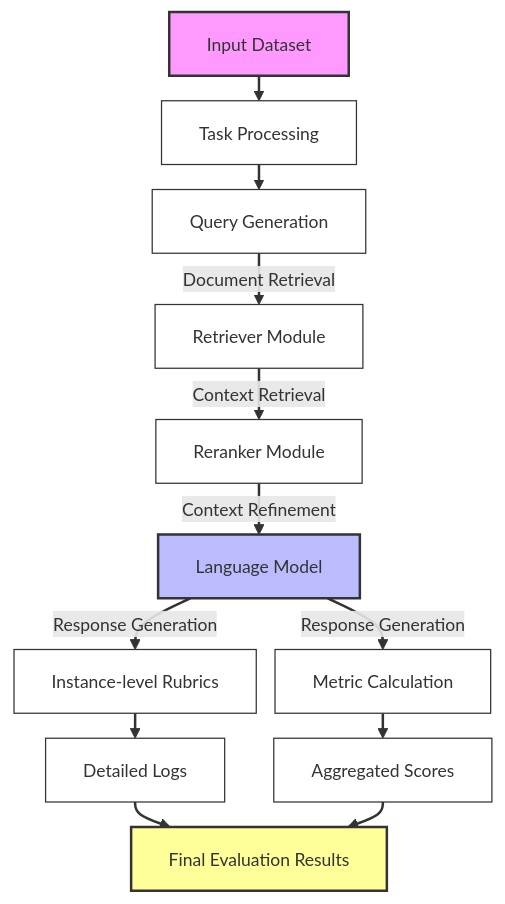
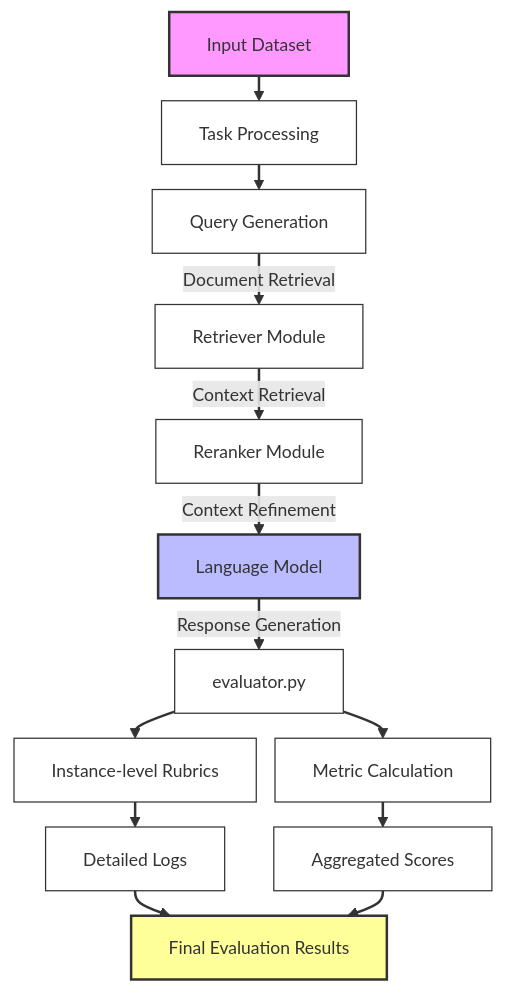
Before and after one commit to hoorangyee/LRAGE: the diagram in README.md, drawn with Mermaid.

Commit message:
Update System Diagram in README.md

````diff
--- a/README.md
+++ b/README.md
@@ -28,29 +28,31 @@
 ```mermaid
 %%{init: {'theme': 'default', 'themeVariables': { 'fontSize': '14px'}, "flowchart": {"nodeSpacing": 15, "rankSpacing": 20, "htmlLabels": true}} }%%
 
 flowchart TD
     A[Input Dataset] --> B[Task Processing]
     B --> D[Query Generation]
     
     D -->|Document Retrieval| E[Retriever Module]
     E -->|Context Retrieval| F[Reranker Module]
     
     F -->|Context Refinement| J[Language Model]
-    J -->|Response Generation| M[Instance-level Rubrics]
-    J -->|Response Generation| N[Metric Calculation]
+    
+    J -->|Response Generation| K[evaluator.py]
+    K --> M[Instance-level Rubrics]
+    K --> N[Metric Calculation]
     
     M --> O[Detailed Logs]
     N --> P[Aggregated Scores]
     
     O --> Q[Final Evaluation Results]
     P --> Q
     
     style A fill:#f9f,stroke:#333,stroke-width:2px
     style J fill:#bbf,stroke:#333,stroke-width:2px
     style Q fill:#ff9,stroke:#333,stroke-width:2px
 
     linkStyle default stroke-width:2px
     
     classDef default fill:#fff,stroke:#333,stroke-width:1px
     classDef node text-align:center
 ```
````
